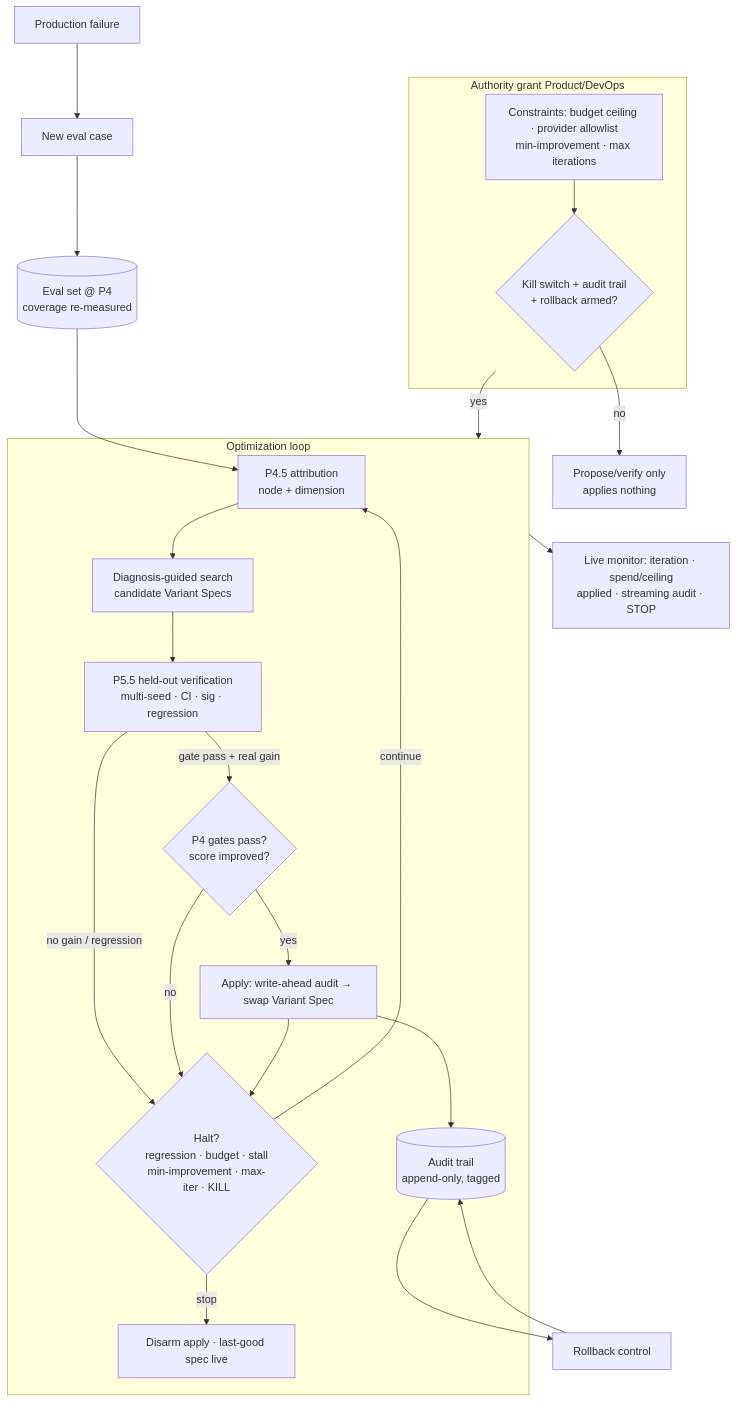
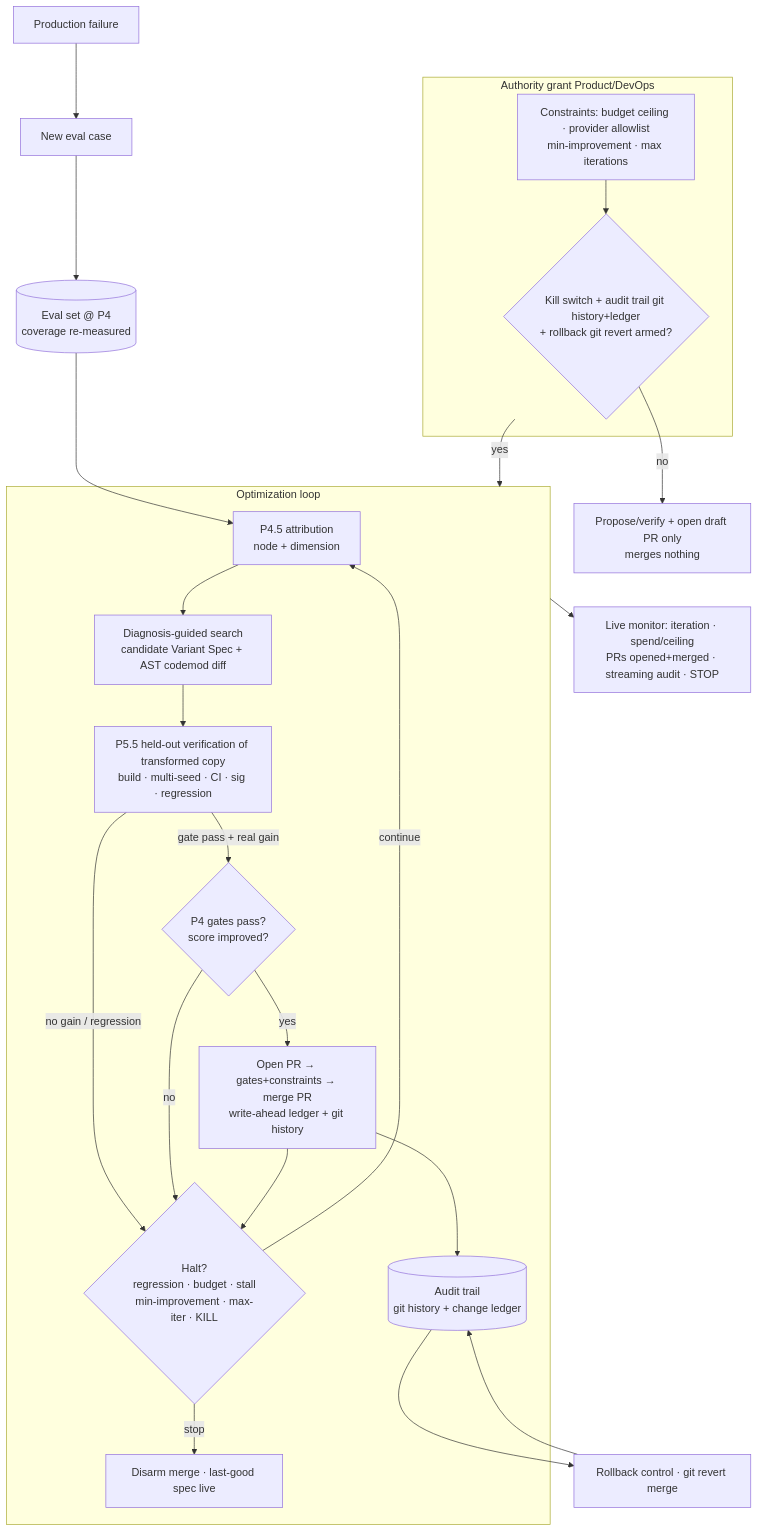
Before and after one commit to damonleelcx/heros-agent: the diagram in docs/prd/P6-autonomous-optimizer.md, drawn with Mermaid. The commit also changed other lines of this file and 37 other files, not shown here.

````diff
--- a/docs/prd/P6-autonomous-optimizer.md
+++ b/docs/prd/P6-autonomous-optimizer.md
@@ -275,27 +317,27 @@
 ```mermaid
 graph TB
   subgraph Grant[Authority grant Product/DevOps]
     C[Constraints: budget ceiling · provider allowlist<br/>min-improvement · max iterations]
-    PRE{Kill switch + audit trail<br/>+ rollback armed?}
+    PRE{Kill switch + audit trail git history+ledger<br/>+ rollback git revert armed?}
   end
   C --> PRE
-  PRE -->|no| DRY[Propose/verify only<br/>applies nothing]
+  PRE -->|no| DRY[Propose/verify + open draft PR only<br/>merges nothing]
   PRE -->|yes| LOOP
   subgraph LOOP[Optimization loop]
-    DIAG[P4.5 attribution<br/>node + dimension] --> SEARCH[Diagnosis-guided search<br/>candidate Variant Specs]
-    SEARCH --> VERIFY[P5.5 held-out verification<br/>multi-seed · CI · sig · regression]
+    DIAG[P4.5 attribution<br/>node + dimension] --> SEARCH[Diagnosis-guided search<br/>candidate Variant Spec + AST codemod diff]
+    SEARCH --> VERIFY[P5.5 held-out verification of transformed copy<br/>build · multi-seed · CI · sig · regression]
     VERIFY -->|gate pass + real gain| GATES{P4 gates pass?<br/>score improved?}
     VERIFY -->|no gain / regression| HALTCHK
-    GATES -->|yes| APPLY[Apply: write-ahead audit → swap Variant Spec]
+    GATES -->|yes| APPLY[Open PR → gates+constraints → merge PR<br/>write-ahead ledger + git history]
     GATES -->|no| HALTCHK
-    APPLY --> AUDIT[(Audit trail<br/>append-only, tagged)]
+    APPLY --> AUDIT[(Audit trail<br/>git history + change ledger)]
     APPLY --> HALTCHK{Halt?<br/>regression · budget · stall<br/>min-improvement · max-iter · KILL}
     HALTCHK -->|continue| DIAG
-    HALTCHK -->|stop| STOP[Disarm apply · last-good spec live]
+    HALTCHK -->|stop| STOP[Disarm merge · last-good spec live]
   end
-  AUDIT --> ROLL[Rollback control]
+  AUDIT --> ROLL[Rollback control · git revert merge]
   ROLL --> AUDIT
   PROD[Production failure] --> INTAKE[New eval case] --> P4[(Eval set @ P4<br/>coverage re-measured)]
   P4 --> DIAG
-  LOOP --> MON[Live monitor: iteration · spend/ceiling<br/>applied · streaming audit · STOP]
+  LOOP --> MON[Live monitor: iteration · spend/ceiling<br/>PRs opened+merged · streaming audit · STOP]
 ```
````
